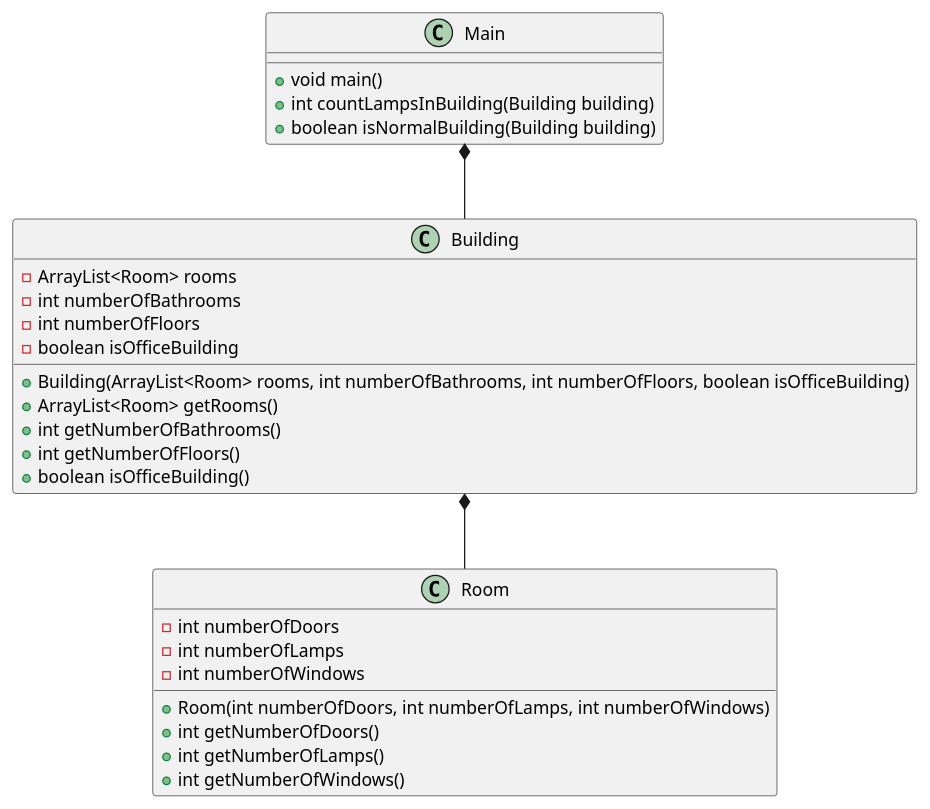
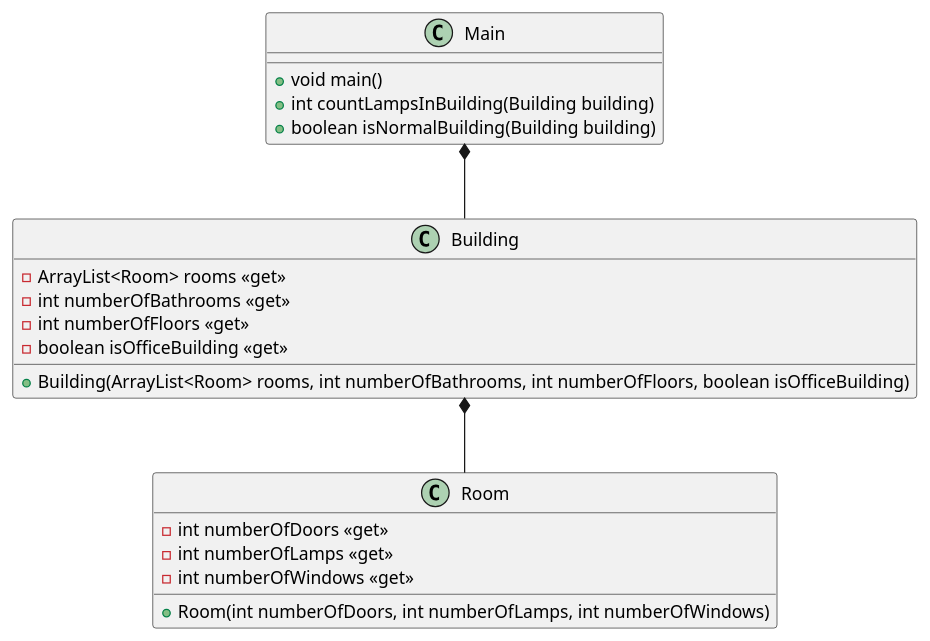
The diagram in OOP1/Documentation/BuildingsAndRooms.puml (MagKon/Dat1-ugeopgave5), drawn with PlantUML before and after one commit. The commit also changed 1 other file, not shown here.

```diff
--- a/OOP1/Documentation/BuildingsAndRooms.puml
+++ b/OOP1/Documentation/BuildingsAndRooms.puml
@@ -1,37 +1,30 @@
 @startuml
 'https://plantuml.com/object-diagram
 
 class Main {
     +void main()
     +int countLampsInBuilding(Building building)
     +boolean isNormalBuilding(Building building)
 }
 
 class Building {
-    -ArrayList<Room> rooms
-    -int numberOfBathrooms
-    -int numberOfFloors
-    -boolean isOfficeBuilding
+    -ArrayList<Room> rooms «get»
+    -int numberOfBathrooms «get»
+    -int numberOfFloors «get»
+    -boolean isOfficeBuilding «get»
 
     +Building(ArrayList<Room> rooms, int numberOfBathrooms, int numberOfFloors, boolean isOfficeBuilding)
-    +ArrayList<Room> getRooms()
-    +int getNumberOfBathrooms()
-    +int getNumberOfFloors()
-    +boolean isOfficeBuilding()
 }
 
 class Room {
-    -int numberOfDoors
-    -int numberOfLamps
-    -int numberOfWindows
+    -int numberOfDoors «get»
+    -int numberOfLamps «get»
+    -int numberOfWindows «get»
 
     +Room(int numberOfDoors, int numberOfLamps, int numberOfWindows)
-    +int getNumberOfDoors()
-    +int getNumberOfLamps()
-    +int getNumberOfWindows()
 }
 
 Main *-- Building
 Building *-- Room
 
 @enduml
```
